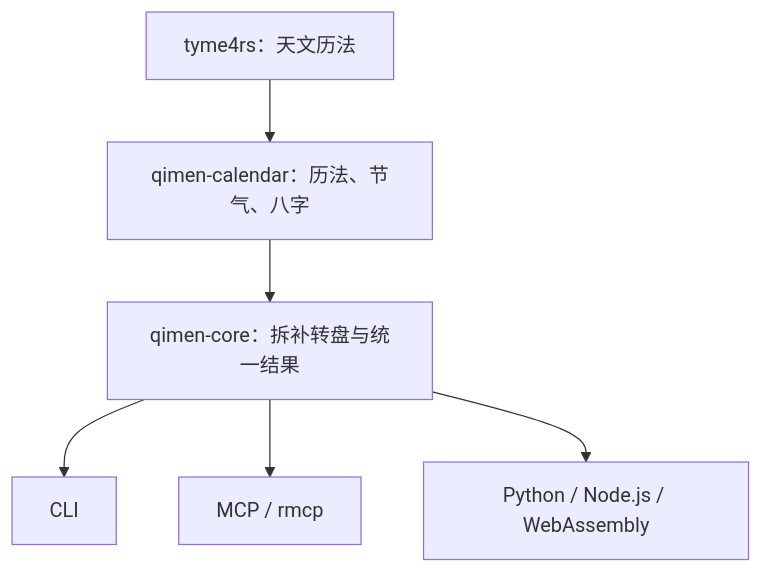
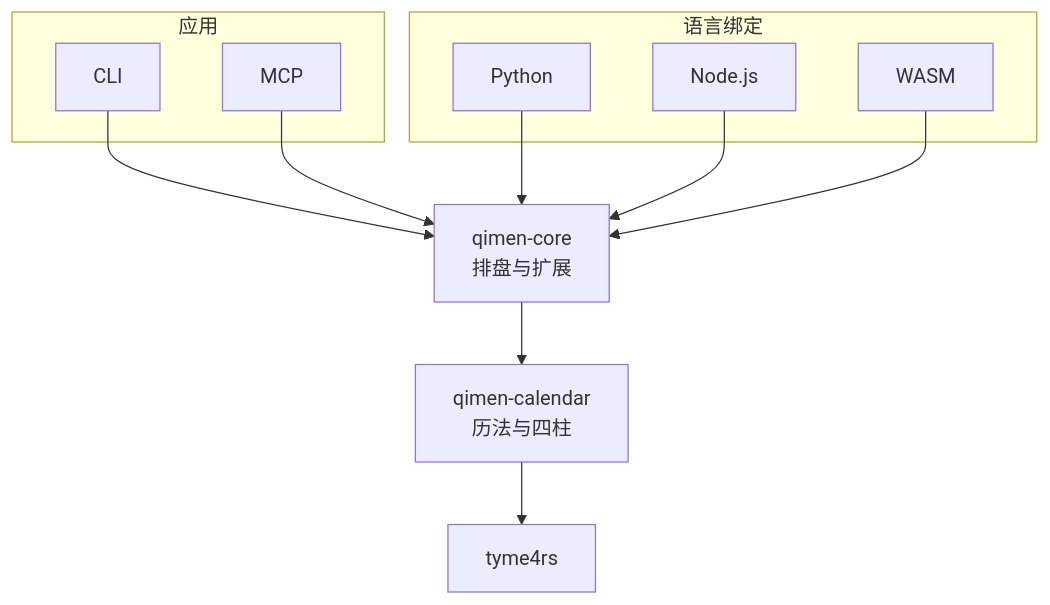
One commit to SpenserCai/qimen-rs changed the diagram in README.md. Above: the diagram before and after it, drawn with Mermaid. The commit also changed other lines of this file and 12 other files, not shown here.

Commit message:
docs: polish guides and architecture diagrams

````diff
--- a/README.md
+++ b/README.md
@@ -11,8 +16,21 @@
 ```mermaid
-flowchart TD
-    Calendar["qimen-calendar：历法、节气、八字"] --> Core["qimen-core：拆补转盘与统一结果"]
-    Core --> CLI["CLI"]
-    Core --> MCP["MCP / rmcp"]
-    Core --> Bindings["Python / Node.js / WebAssembly"]
-    Tyme["tyme4rs：天文历法"] --> Calendar
+flowchart TB
+    subgraph Apps["应用"]
+        CLI["CLI"]
+        MCP["MCP"]
+    end
+    subgraph Bindings["语言绑定"]
+        Python["Python"]
+        Node["Node.js"]
+        WASM["WASM"]
+    end
+    CLI --> Core
+    MCP --> Core
+    Python --> Core
+    Node --> Core
+    WASM --> Core
+    Core["`qimen-core
+排盘与扩展`"] --> Calendar["`qimen-calendar
+历法与四柱`"]
+    Calendar --> Tyme["tyme4rs"]
 ```
````
